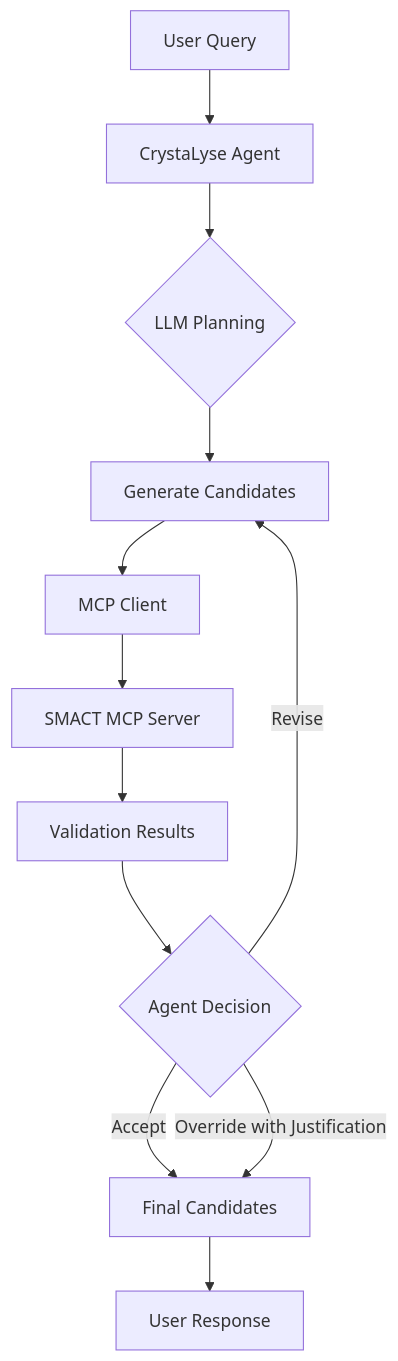
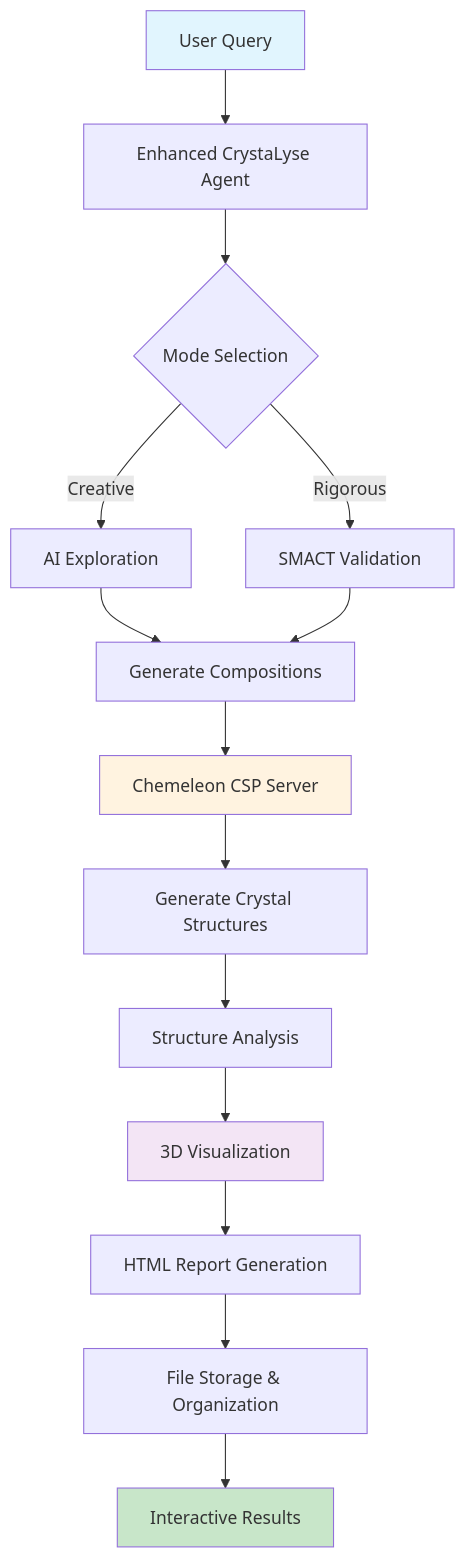
Before and after one commit to KevinTang52/CrystaLyse.AI: the diagram in README.md, drawn with Mermaid. The commit also changed other lines of this file and 40 other files, not shown here.

````diff
--- a/README.md
+++ b/README.md
@@ -161,14 +261,21 @@
 ```mermaid
 graph TD
-    A[User Query] --> B[CrystaLyse Agent]
-    B --> C{LLM Planning}
-    C --> D[Generate Candidates]
-    D --> E[MCP Client]
-    E --> F[SMACT MCP Server]
-    F --> G[Validation Results]
-    G --> H{Agent Decision}
-    H -->|Accept| I[Final Candidates]
-    H -->|Override with Justification| I
-    H -->|Revise| D
-    I --> J[User Response]
+    A[User Query] --> B[Enhanced CrystaLyse Agent]
+    B --> C{Mode Selection}
+    C -->|Creative| D[AI Exploration]
+    C -->|Rigorous| E[SMACT Validation]
+    D --> F[Generate Compositions]
+    E --> F
+    F --> G[Chemeleon CSP Server]
+    G --> H[Generate Crystal Structures]
+    H --> I[Structure Analysis]
+    I --> J[3D Visualization]
+    J --> K[HTML Report Generation]
+    K --> L[File Storage & Organization]
+    L --> M[Interactive Results]
+    
+    style A fill:#e1f5fe
+    style M fill:#c8e6c9
+    style G fill:#fff3e0
+    style J fill:#f3e5f5
 ```
````
